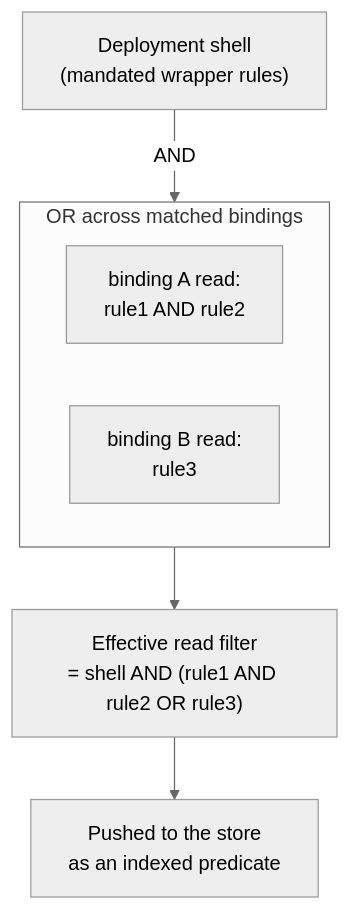
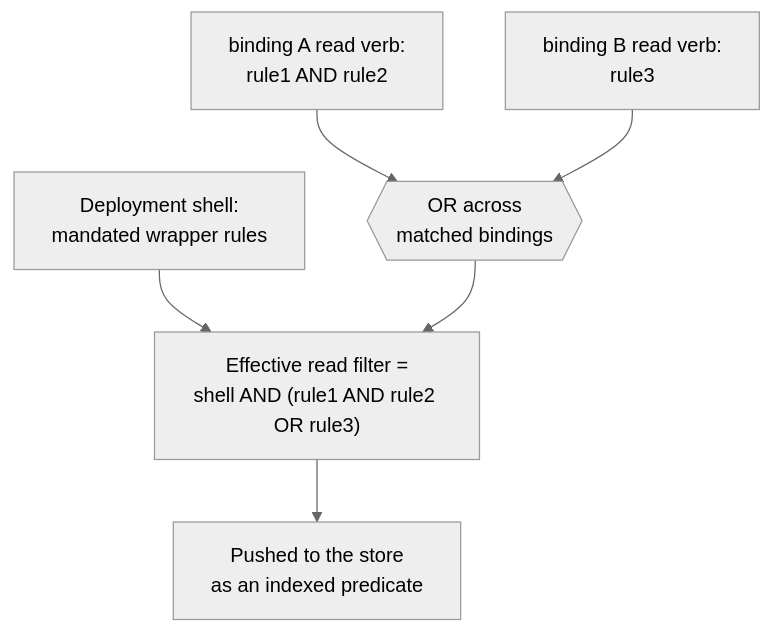
The third of 4 diagrams in docs/arazzo/guides/auth-and-authorization.md (corvus-dotnet/Corvus.JsonSchema), drawn with Mermaid (neutral theme) before and after one commit. The commit also changed other lines of this file, not shown here.

Commit message:
Docs campaign: harden the auth-guide mermaid diagrams for rendering
Simplify the reach-resolution diagram (drop the subgraph-as-edge-endpoint), quote colon-bearing
flowchart labels, and replace set-notation unicode with words, so the four diagrams render on GitHub
and in previewers without relying on advanced or unicode-sensitive constructs.

Claude-Session: https://claude.ai/code/session_016wwPnkvEn24dgt5T8mHGJq

````diff
--- a/docs/arazzo/guides/auth-and-authorization.md
+++ b/docs/arazzo/guides/auth-and-authorization.md
@@ -145,11 +145,8 @@
 ```mermaid
 flowchart TD
-    shell["Deployment shell<br/>(mandated wrapper rules)"] -->|AND| union
-    subgraph union["OR across matched bindings"]
-        direction LR
-        b1["binding A read:<br/>rule1 AND rule2"]
-        b2["binding B read:<br/>rule3"]
-    end
-    union --> filter["Effective read filter<br/>= shell AND (rule1 AND rule2 OR rule3)"]
+    b1["binding A read verb:<br/>rule1 AND rule2"] --> union{{"OR across<br/>matched bindings"}}
+    b2["binding B read verb:<br/>rule3"] --> union
+    shell["Deployment shell:<br/>mandated wrapper rules"] --> filter["Effective read filter =<br/>shell AND (rule1 AND rule2 OR rule3)"]
+    union --> filter
     filter --> pred["Pushed to the store<br/>as an indexed predicate"]
 ```
````
